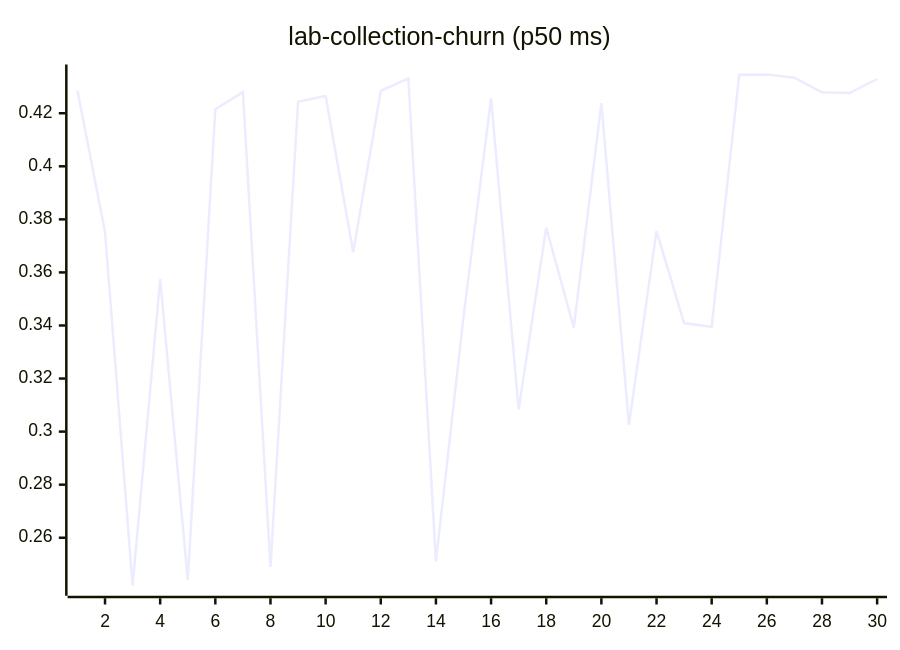
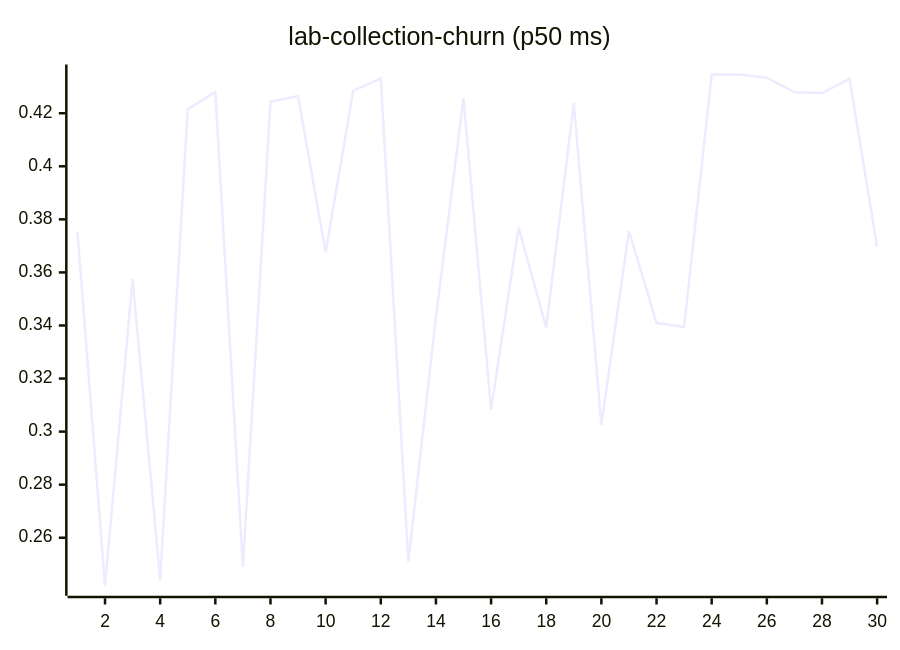
Diagram 11 of 27 in README.md (josha/Facet), drawn with Mermaid before and after one commit. The commit also changed other lines of this file and 2 other files, not shown here.

````diff
--- a/README.md
+++ b/README.md
@@ -133,6 +133,6 @@
 ```mermaid
 xychart-beta
     title "lab-collection-churn (p50 ms)"
     x-axis 1 --> 30
-    line [0.4286, 0.3753, 0.2419, 0.3575, 0.2441, 0.4215, 0.4279, 0.2490, 0.4243, 0.4265, 0.3676, 0.4284, 0.4331, 0.2510, 0.3432, 0.4256, 0.3083, 0.3769, 0.3392, 0.4238, 0.3026, 0.3756, 0.3409, 0.3395, 0.4345, 0.4346, 0.4334, 0.4279, 0.4276, 0.4329]
+    line [0.3753, 0.2419, 0.3575, 0.2441, 0.4215, 0.4279, 0.2490, 0.4243, 0.4265, 0.3676, 0.4284, 0.4331, 0.2510, 0.3432, 0.4256, 0.3083, 0.3769, 0.3392, 0.4238, 0.3026, 0.3756, 0.3409, 0.3395, 0.4345, 0.4346, 0.4334, 0.4279, 0.4276, 0.4329, 0.3697]
 ```
````
